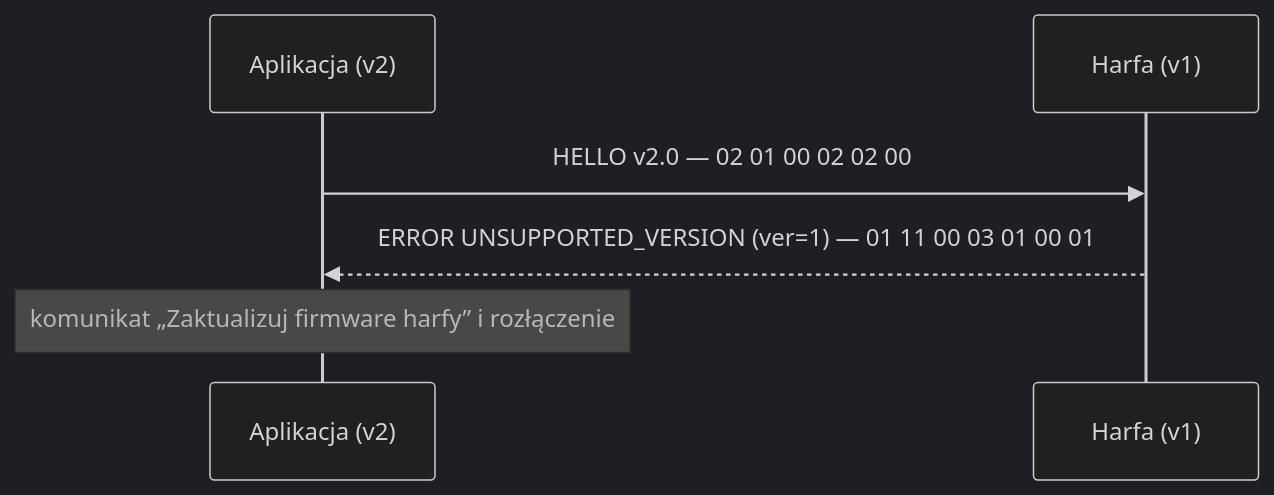
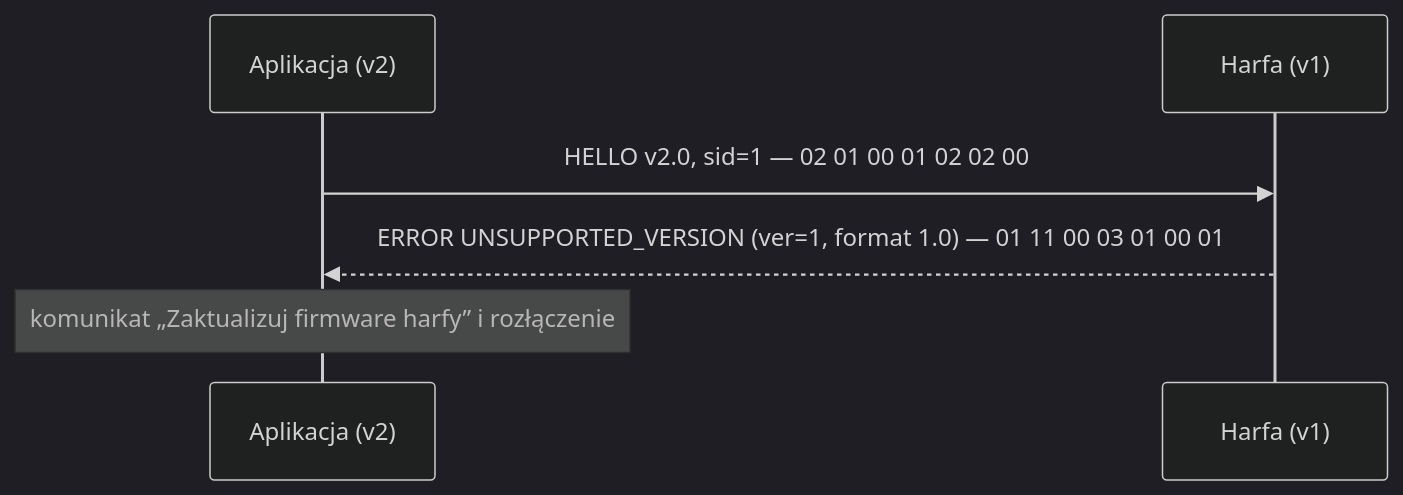
One commit to emnealyn/HARFA changed the second of 9 diagrams in docs/protocol/ble-protocol.md. Above: the diagram before and after it, drawn with Mermaid (dark theme). The commit also changed other lines of this file and 3 other files, not shown here.

````diff
--- a/docs/protocol/ble-protocol.md
+++ b/docs/protocol/ble-protocol.md
@@ -408,8 +448,8 @@
 ```mermaid
 sequenceDiagram
     participant A as Aplikacja (v2)
     participant H as Harfa (v1)
-    A->>H: HELLO v2.0 — 02 01 00 02 02 00
-    H-->>A: ERROR UNSUPPORTED_VERSION (ver=1) — 01 11 00 03 01 00 01
+    A->>H: HELLO v2.0, sid=1 — 02 01 00 01 02 02 00
+    H-->>A: ERROR UNSUPPORTED_VERSION (ver=1, format 1.0) — 01 11 00 03 01 00 01
     Note over A: komunikat „Zaktualizuj firmware harfy” i rozłączenie
 ```
````
